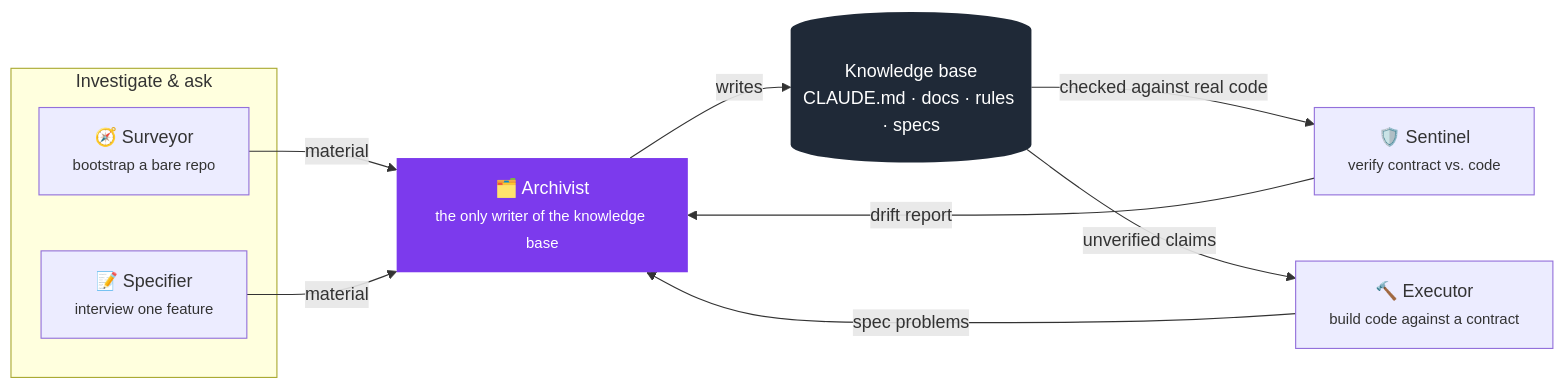
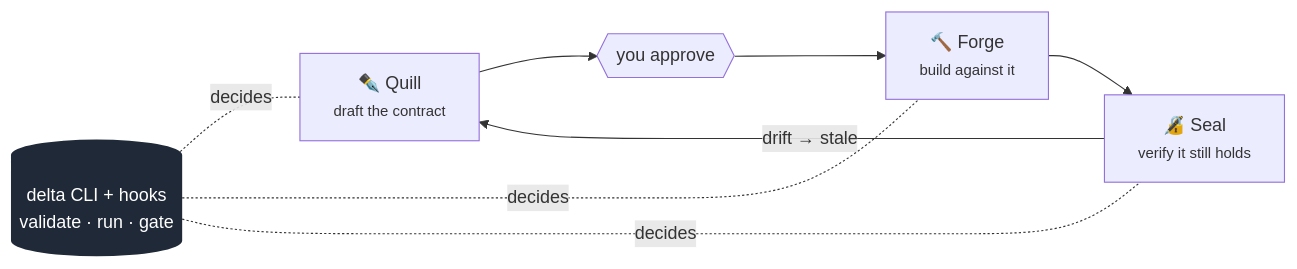
The diagram in README.md (ronz204/deltas-ai), drawn with Mermaid before and after one commit. The commit also changed other lines of this file, not shown here.

First line of the commit message:
docs(readme): rewrite around verifiable contract

````diff
--- a/README.md
+++ b/README.md
@@ -62,24 +48,16 @@
 ```mermaid
 flowchart LR
-    subgraph Investigate & ask
-        SU["🧭 Surveyor<br/><small>bootstrap a bare repo</small>"]
-        SP["📝 Specifier<br/><small>interview one feature</small>"]
-    end
+    Q["✒️ Quill<br/><small>draft the contract</small>"]
+    A{{"you approve"}}
+    F["🔨 Forge<br/><small>build against it</small>"]
+    S["🔏 Seal<br/><small>verify it still holds</small>"]
+    CLI[("delta CLI + hooks<br/>validate · run · gate")]
 
-    AR["🗂️ Archivist<br/><small>the only writer of the knowledge base</small>"]
-    KB[("Knowledge base<br/>CLAUDE.md · docs · rules · specs")]
+    Q --> A --> F --> S
+    S -- "drift → stale" --> Q
+    CLI -. "decides" .- Q
+    CLI -. "decides" .- F
+    CLI -. "decides" .- S
 
-    SE["🛡️ Sentinel<br/><small>verify contract vs. code</small>"]
-    EX["🔨 Executor<br/><small>build code against a contract</small>"]
-
-    SU -- "material" --> AR
-    SP -- "material" --> AR
-    AR -- "writes" --> KB
-    KB -- "checked against real code" --> SE
-    SE -- "drift report" --> AR
-    KB -- "unverified claims" --> EX
-    EX -- "spec problems" --> AR
-
-    style AR fill:#7c3aed,color:#fff,stroke:none
-    style KB fill:#1f2937,color:#fff,stroke:none
+    style CLI fill:#1f2937,color:#fff,stroke:none
 ```
````
